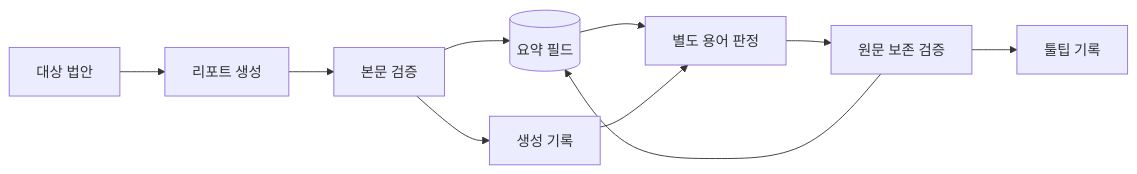
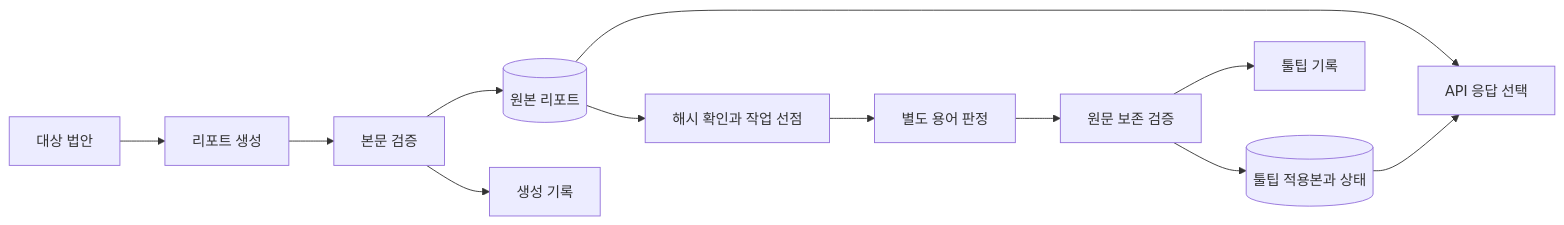
Before and after one commit to LawDigest/LawDigest: the first of 2 diagrams in .cluedoc/ai-intelligence/agentic-bill-report/README.md, drawn with Mermaid. The commit also changed other lines of this file and 11 other files, not shown here.

````diff
--- a/.cluedoc/ai-intelligence/agentic-bill-report/README.md
+++ b/.cluedoc/ai-intelligence/agentic-bill-report/README.md
@@ -15,12 +19,14 @@
 ```mermaid
 flowchart LR
     Target["대상 법안"] --> ReportAgent["리포트 생성"]
     ReportAgent --> Validate["본문 검증"]
-    Validate --> Store[("요약 필드")]
+    Validate --> ReportStore[("원본 리포트")]
     Validate --> ReportManifest["생성 기록"]
-    Store --> TooltipAgent["별도 용어 판정"]
-    ReportManifest --> TooltipAgent
+    ReportStore --> Claim["해시 확인과 작업 선점"]
+    Claim --> TooltipAgent["별도 용어 판정"]
     TooltipAgent --> TooltipValidate["원문 보존 검증"]
-    TooltipValidate --> Store
+    TooltipValidate --> TooltipStore[("툴팁 적용본과 상태")]
+    ReportStore --> API["API 응답 선택"]
+    TooltipStore --> API
     TooltipValidate --> TooltipManifest["툴팁 기록"]
 ```
````
